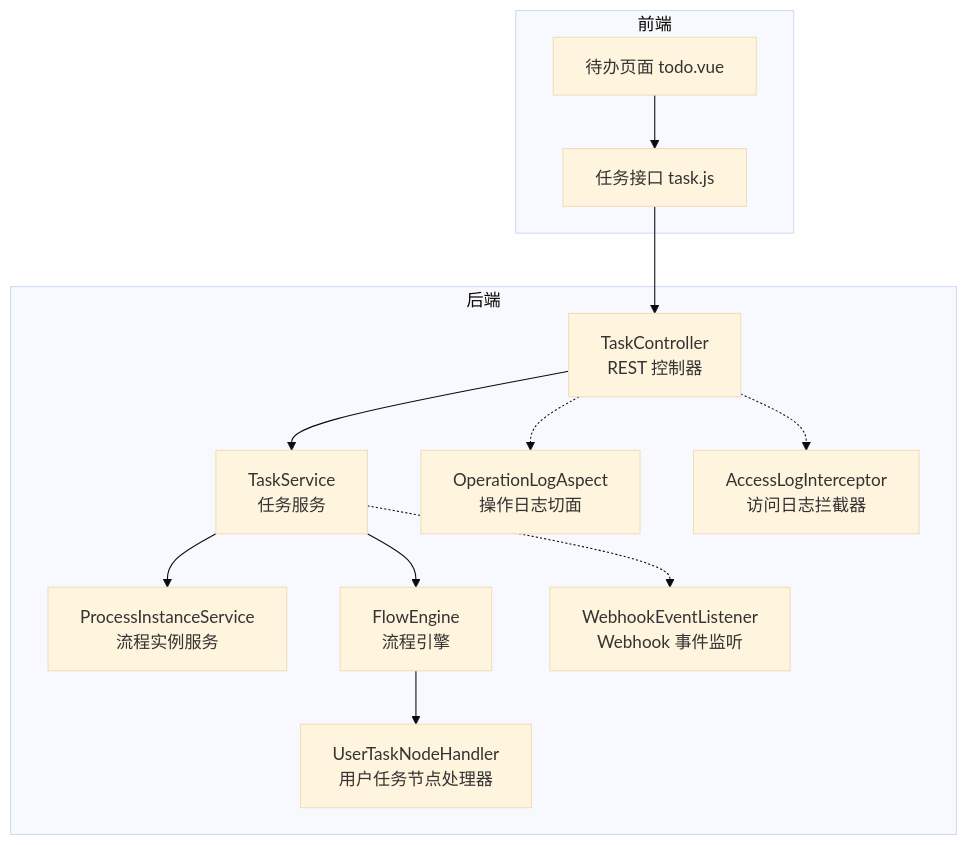
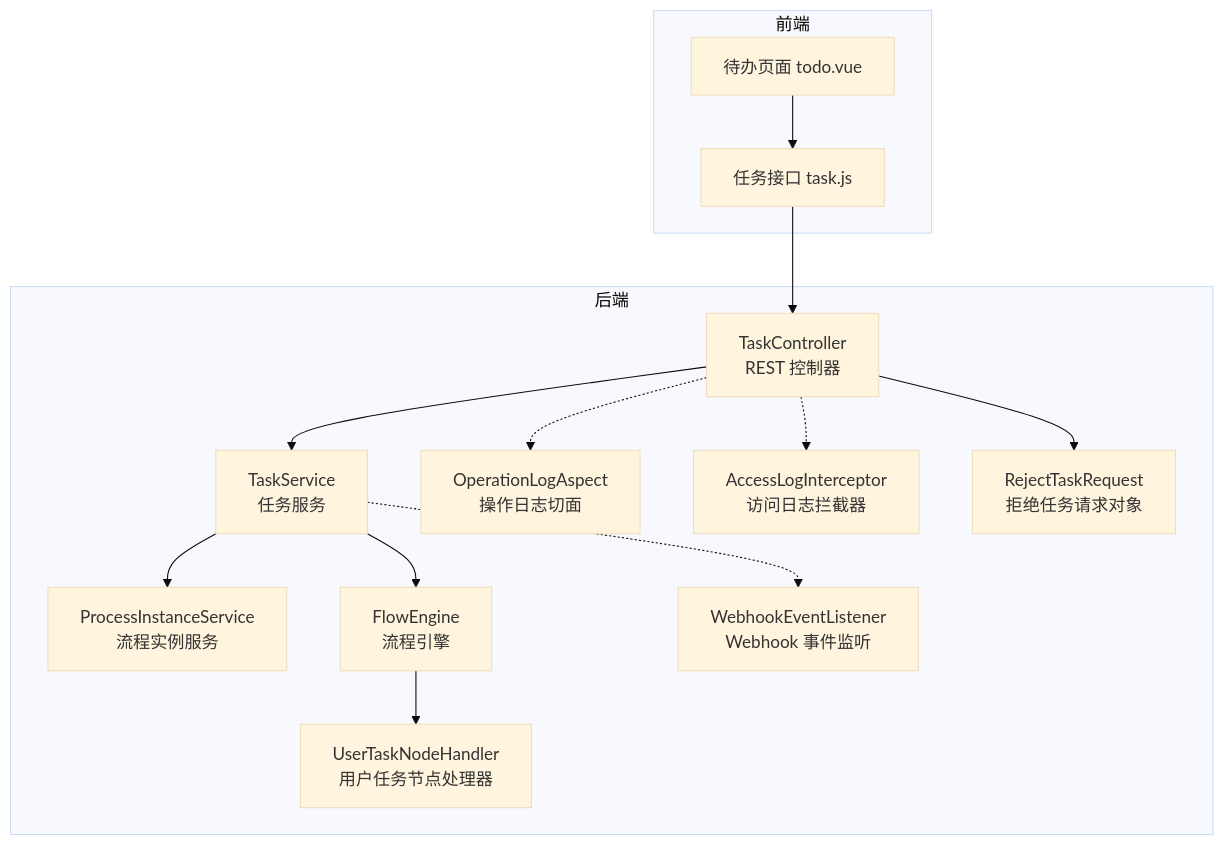
One commit to liming-lihaini/workflow changed the first of 3 diagrams in .qoder/repowiki/zh/content/任务管理/任务操作处理/拒绝任务处理.md. Above: the diagram before and after it, drawn with Mermaid (base theme). The commit also changed other lines of this file and 57 other files, not shown here.

````diff
--- a/.qoder/repowiki/zh/content/任务管理/任务操作处理/拒绝任务处理.md
+++ b/.qoder/repowiki/zh/content/任务管理/任务操作处理/拒绝任务处理.md
@@ -48,26 +57,28 @@
 ```mermaid
 graph TB
 subgraph "前端"
 FE_Todo["待办页面 todo.vue"]
 FE_TaskAPI["任务接口 task.js"]
 end
 subgraph "后端"
 CTRL["TaskController<br/>REST 控制器"]
 SVC["TaskService<br/>任务服务"]
 PISVC["ProcessInstanceService<br/>流程实例服务"]
 ENG["FlowEngine<br/>流程引擎"]
 UTH["UserTaskNodeHandler<br/>用户任务节点处理器"]
 LOGA["OperationLogAspect<br/>操作日志切面"]
 ACCI["AccessLogInterceptor<br/>访问日志拦截器"]
 WHEV["WebhookEventListener<br/>Webhook 事件监听"]
+DTO["RejectTaskRequest<br/>拒绝任务请求对象"]
 end
 FE_Todo --> FE_TaskAPI
 FE_TaskAPI --> CTRL
 CTRL --> SVC
 SVC --> PISVC
 SVC --> ENG
 ENG --> UTH
 CTRL -.-> LOGA
 CTRL -.-> ACCI
 SVC -.-> WHEV
+CTRL --> DTO
 ```
````
